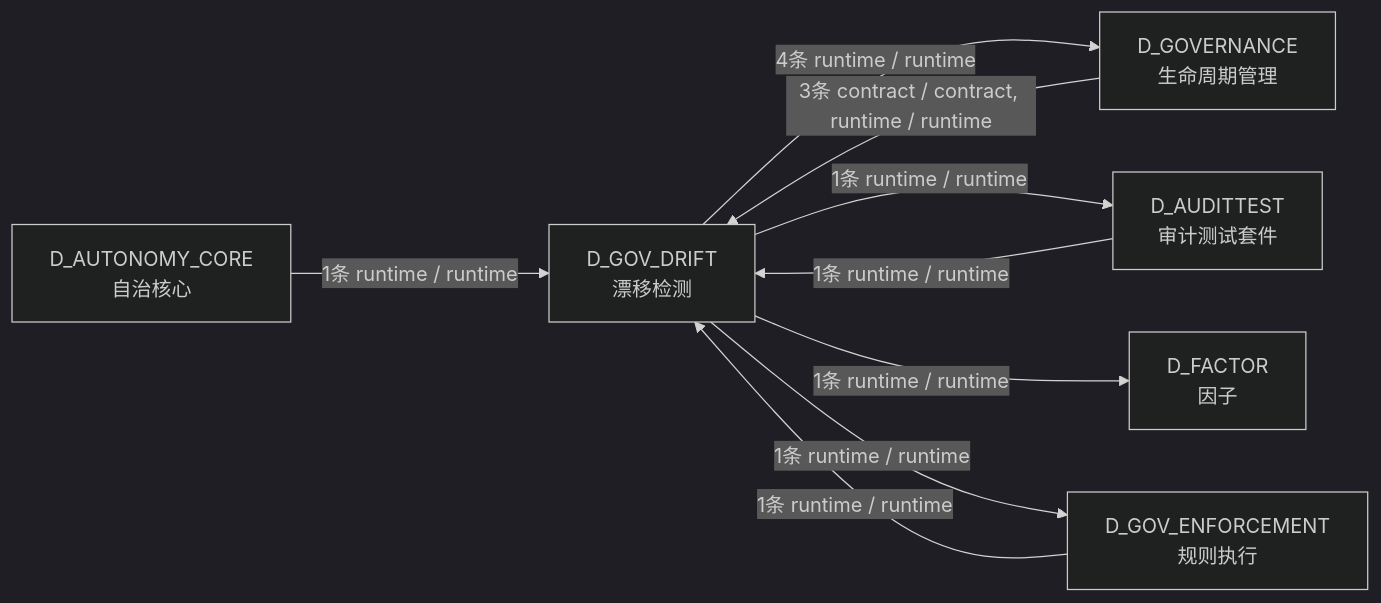
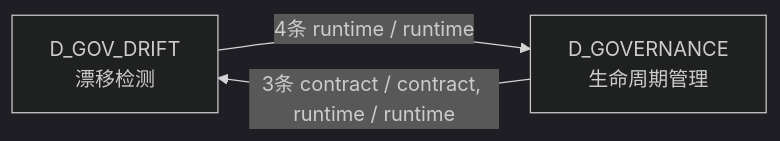
The third of 3 diagrams in docs/02_enterprise_architecture/02_domain_architecture_docs/34_d_gov_drift.md (xuanFelixVan/ZephyrAlpha), drawn with Mermaid (dark theme) before and after one commit. The commit also changed other lines of this file and 100 other files, not shown here.

````diff
--- a/docs/02_enterprise_architecture/02_domain_architecture_docs/34_d_gov_drift.md
+++ b/docs/02_enterprise_architecture/02_domain_architecture_docs/34_d_gov_drift.md
@@ -173,17 +145,7 @@
 ```mermaid
 graph LR
     D_GOV_DRIFT["D_GOV_DRIFT<br/>漂移检测"]
     D_GOVERNANCE["D_GOVERNANCE<br/>生命周期管理"]
-    D_AUDITTEST["D_AUDITTEST<br/>审计测试套件"]
-    D_FACTOR["D_FACTOR<br/>因子"]
-    D_GOV_ENFORCEMENT["D_GOV_ENFORCEMENT<br/>规则执行"]
-    D_AUTONOMY_CORE["D_AUTONOMY_CORE<br/>自治核心"]
     D_GOV_DRIFT -->|4条 runtime / runtime| D_GOVERNANCE
-    D_GOV_DRIFT -->|1条 runtime / runtime| D_AUDITTEST
-    D_GOV_DRIFT -->|1条 runtime / runtime| D_FACTOR
-    D_GOV_DRIFT -->|1条 runtime / runtime| D_GOV_ENFORCEMENT
     D_GOVERNANCE -->|3条 contract / contract, runtime / runtime| D_GOV_DRIFT
-    D_AUDITTEST -->|1条 runtime / runtime| D_GOV_DRIFT
-    D_AUTONOMY_CORE -->|1条 runtime / runtime| D_GOV_DRIFT
-    D_GOV_ENFORCEMENT -->|1条 runtime / runtime| D_GOV_DRIFT
 ```
````
